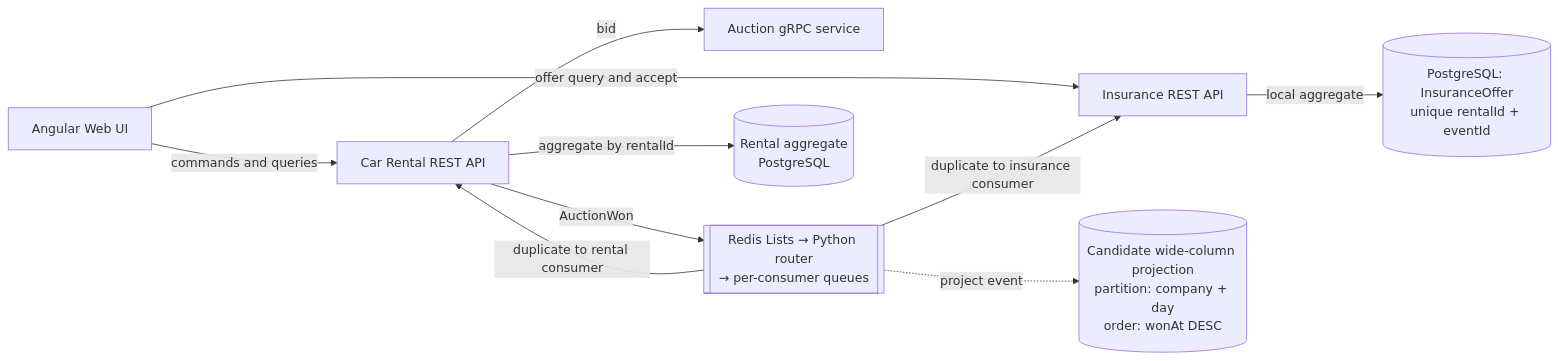
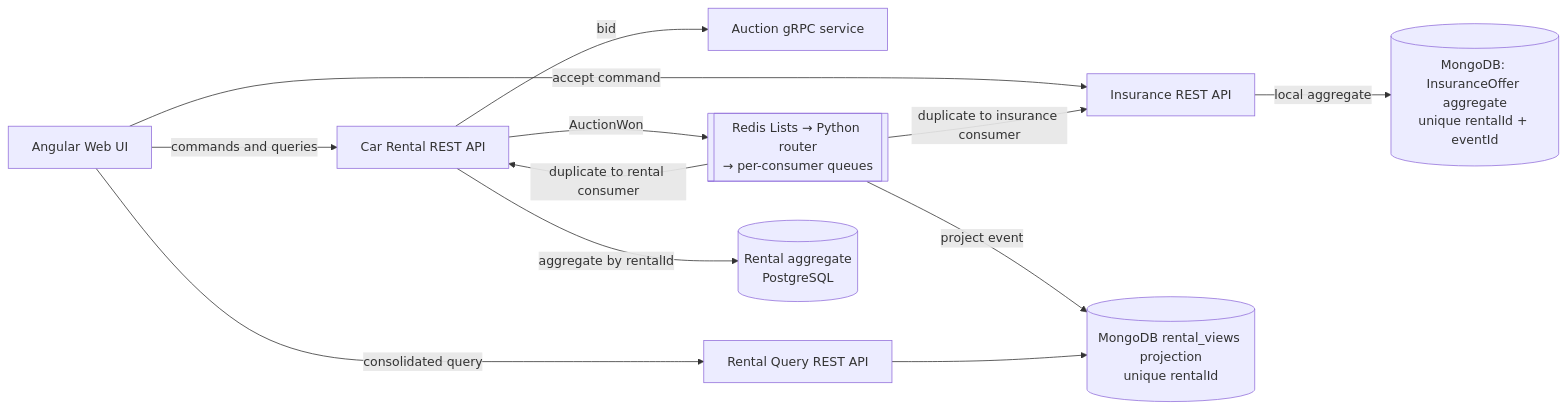
One commit to charroux/rentalservice changed the third of 11 diagrams in training/modules/07-nosql-foundations/slides.qmd. Above: the diagram before and after it, drawn with Mermaid. The commit also changed other lines of this file and 68 other files, not shown here.

Commit message:
Add MongoDB aggregate store and rental projection

````diff
--- a/training/modules/07-nosql-foundations/slides.qmd
+++ b/training/modules/07-nosql-foundations/slides.qmd
@@ -120,22 +120,25 @@
 ```{mermaid}
 flowchart LR
     UI[Angular Web UI]
     RentalAPI[Car Rental REST API]
     Auction[Auction gRPC service]
     InsuranceAPI[Insurance REST API]
+    QueryAPI[Rental Query REST API]
 
     Flow[[Redis Lists → Python router<br/>→ per-consumer queues]]
     RentalDB[(Rental aggregate<br/>PostgreSQL)]
-    InsuranceDB[(PostgreSQL: InsuranceOffer<br/>unique rentalId + eventId)]
-    Search[(Candidate wide-column projection<br/>partition: company + day<br/>order: wonAt DESC)]
+    InsuranceDB[(MongoDB: InsuranceOffer aggregate<br/>unique rentalId + eventId)]
+    Search[(MongoDB rental_views projection<br/>unique rentalId)]
 
     UI -->|commands and queries| RentalAPI
-    UI -->|offer query and accept| InsuranceAPI
+    UI -->|accept command| InsuranceAPI
+    UI -->|consolidated query| QueryAPI
     RentalAPI -->|bid| Auction
     RentalAPI -->|aggregate by rentalId| RentalDB
     InsuranceAPI -->|local aggregate| InsuranceDB
     RentalAPI -->|AuctionWon| Flow
     Flow -->|duplicate to rental consumer| RentalAPI
     Flow -->|duplicate to insurance consumer| InsuranceAPI
-    Flow -.->|project event| Search
+    Flow -->|project event| Search
+    QueryAPI --> Search
 ```
````
